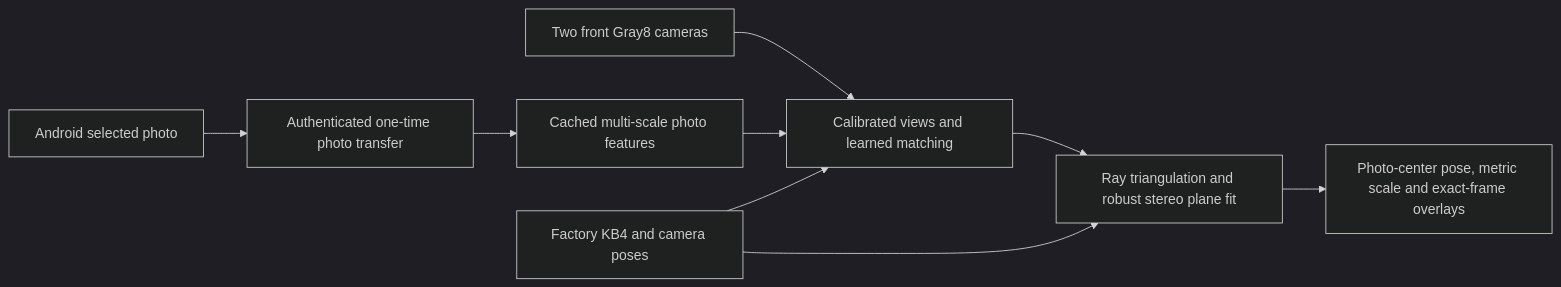
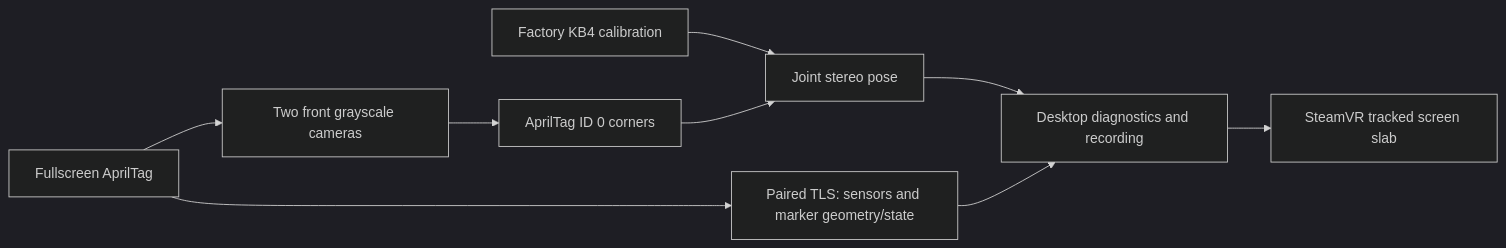
Before and after one commit to MarkEScheidker/FramePhone: the diagram in frame/docs/ARCHITECTURE.md, drawn with Mermaid (dark theme). The commit also changed other lines of this file and 72 other files, not shown here.

Commit message:
Replace photo tracking with fullscreen AprilTag and tracked VR test surface

````diff
--- a/frame/docs/ARCHITECTURE.md
+++ b/frame/docs/ARCHITECTURE.md
@@ -8,11 +7,11 @@
 ```mermaid
 flowchart LR
-    Phone[Android selected photo] --> TLS[Authenticated one-time photo transfer]
-    TLS --> Reference[Cached multi-scale photo features]
-    Camera[Two front Gray8 cameras] --> Matcher[Calibrated views and learned matching]
-    Reference --> Matcher
-    Calibration[Factory KB4 and camera poses] --> Matcher
-    Matcher --> Solver[Ray triangulation and robust stereo plane fit]
-    Calibration --> Solver
-    Solver --> Output[Photo-center pose, metric scale and exact-frame overlays]
+    Phone[Fullscreen AprilTag] --> Cameras[Two front grayscale cameras]
+    Cameras --> Tags[AprilTag ID 0 corners]
+    Calibration[Factory KB4 calibration] --> Pose[Joint stereo pose]
+    Tags --> Pose
+    Pose --> UI[Desktop diagnostics and recording]
+    UI --> VR[SteamVR tracked screen slab]
+    Phone --> TLS[Paired TLS: sensors and marker geometry/state]
+    TLS --> UI
 ```
````
